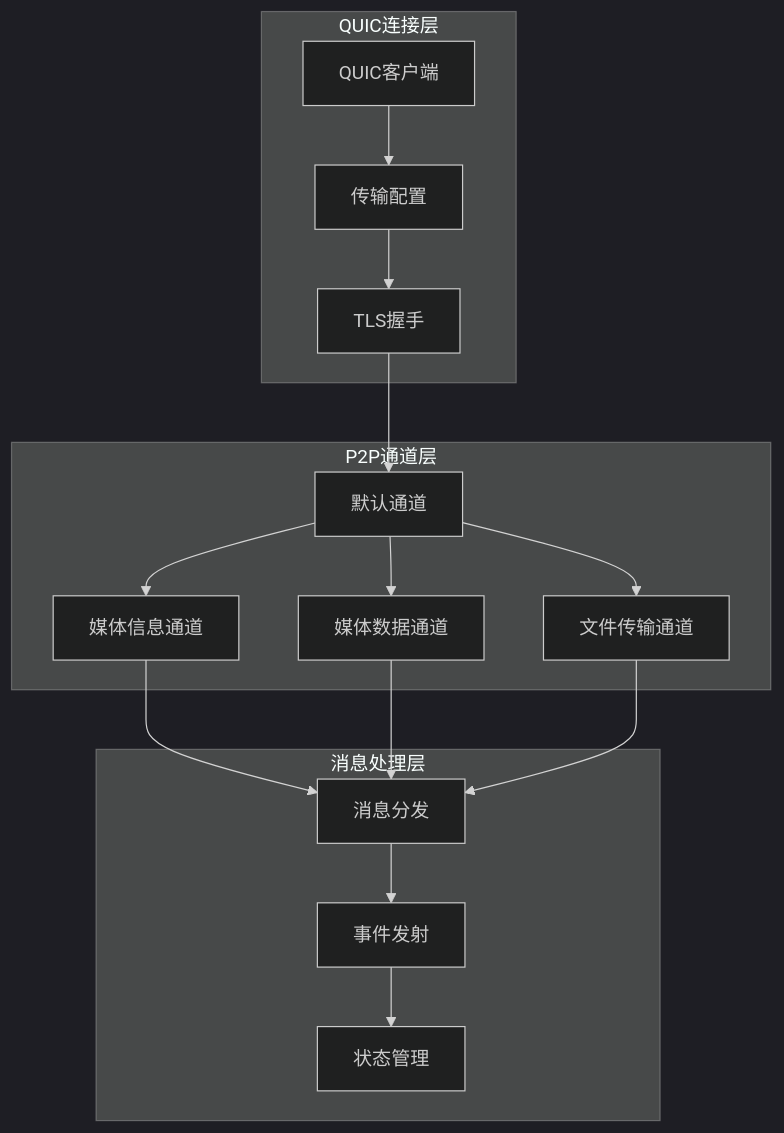
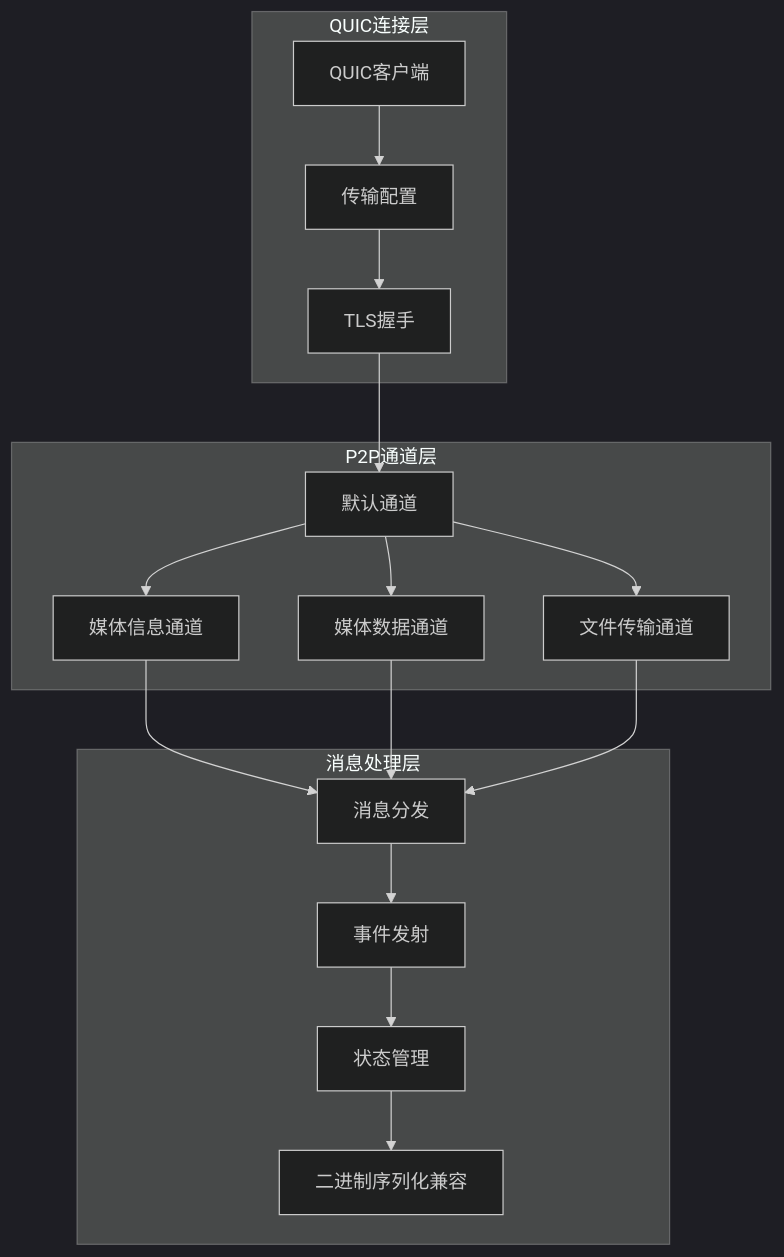
The tenth of 21 diagrams in .qoder/repowiki/zh/content/Privacy Video Call.md (nicolastinger/only-talk-app), drawn with Mermaid (dark theme) before and after one commit. The commit also changed other lines of this file and 17 other files, not shown here.

````diff
--- a/.qoder/repowiki/zh/content/Privacy Video Call.md
+++ b/.qoder/repowiki/zh/content/Privacy Video Call.md
@@ -396,30 +414,32 @@
 ```mermaid
 graph TB
 subgraph "QUIC连接层"
 A[QUIC客户端]
 B[传输配置]
 C[TLS握手]
 end
 subgraph "P2P通道层"
 D[默认通道]
 E[媒体信息通道]
 F[媒体数据通道]
 G[文件传输通道]
 end
 subgraph "消息处理层"
 H[消息分发]
 I[事件发射]
 J[状态管理]
+K[二进制序列化兼容]
 end
 A --> B
 B --> C
 C --> D
 D --> E
 D --> F
 D --> G
 E --> H
 F --> H
 G --> H
 H --> I
 I --> J
+J --> K
 ```
````
